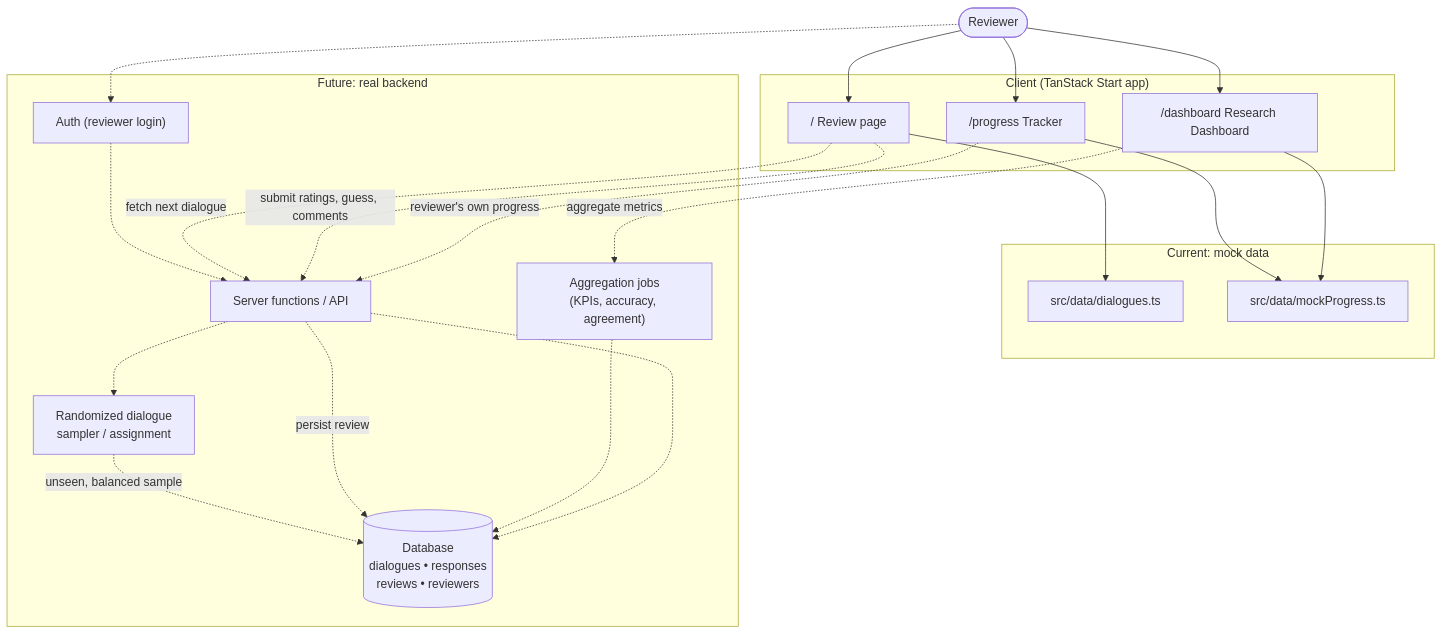
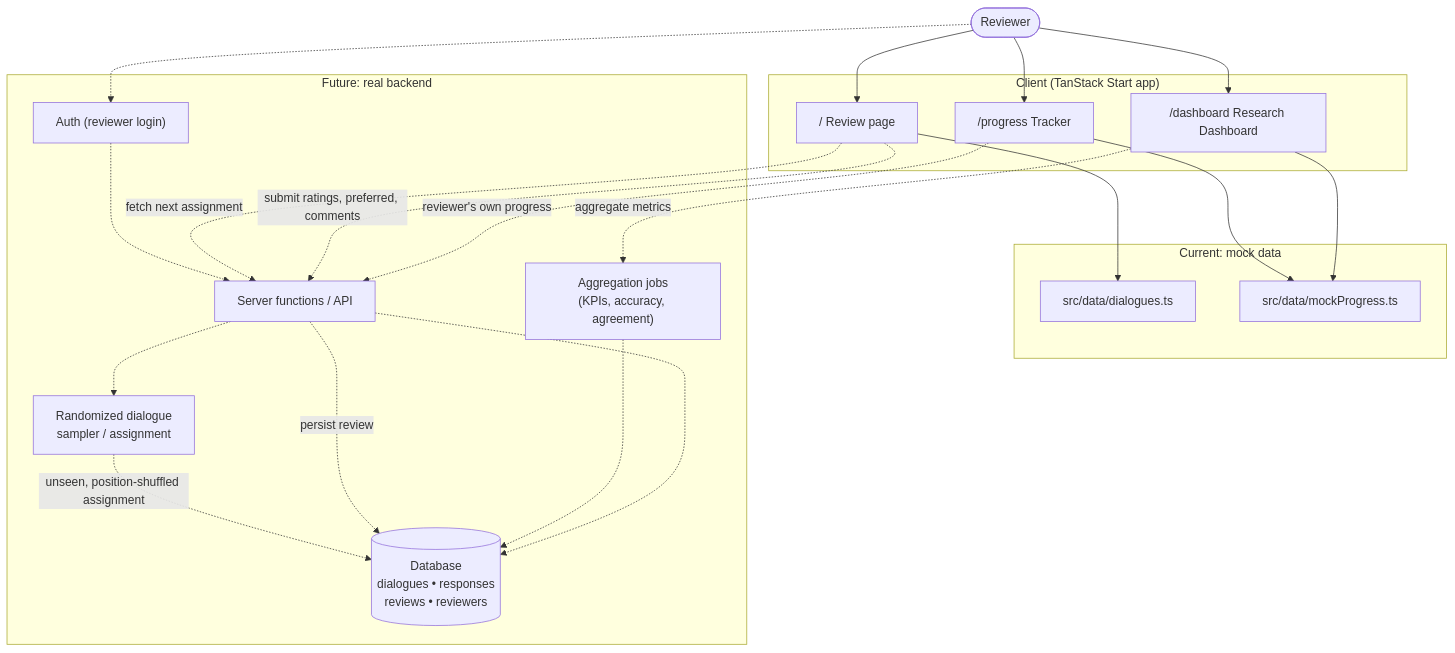
Before and after one commit to jayrosen-design/mira-reviewer: the first of 2 diagrams in README.md, drawn with Mermaid.

````diff
--- a/README.md
+++ b/README.md
@@ -97,43 +97,43 @@
 ```mermaid
 flowchart TD
     Reviewer([Reviewer])
 
     subgraph Client["Client (TanStack Start app)"]
         ReviewPage["/ Review page"]
         ProgressPage["/progress Tracker"]
         DashboardPage["/dashboard Research Dashboard"]
     end
 
     subgraph Mock["Current: mock data"]
         Dialogues["src/data/dialogues.ts"]
         ProgressData["src/data/mockProgress.ts"]
     end
 
     subgraph Real["Future: real backend"]
         Auth["Auth (reviewer login)"]
         API["Server functions / API"]
         DB[("Database<br/>dialogues • responses<br/>reviews • reviewers")]
         Sampler["Randomized dialogue<br/>sampler / assignment"]
         Aggregator["Aggregation jobs<br/>(KPIs, accuracy, agreement)"]
     end
 
     Reviewer --> ReviewPage
     Reviewer --> ProgressPage
     Reviewer --> DashboardPage
 
     ReviewPage --> Dialogues
     ProgressPage --> ProgressData
     DashboardPage --> ProgressData
 
     Reviewer -.-> Auth
     Auth -.-> API
-    ReviewPage -.->|fetch next dialogue| API
+    ReviewPage -.->|fetch next assignment| API
     API -.-> Sampler
-    Sampler -.->|unseen, balanced sample| DB
-    ReviewPage -.->|submit ratings, guess, comments| API
+    Sampler -.->|unseen, position-shuffled assignment| DB
+    ReviewPage -.->|submit ratings, preferred, comments| API
     API -.->|persist review| DB
     ProgressPage -.->|reviewer's own progress| API
     DashboardPage -.->|aggregate metrics| Aggregator
     Aggregator -.-> DB
     API -.-> DB
 ```
````
